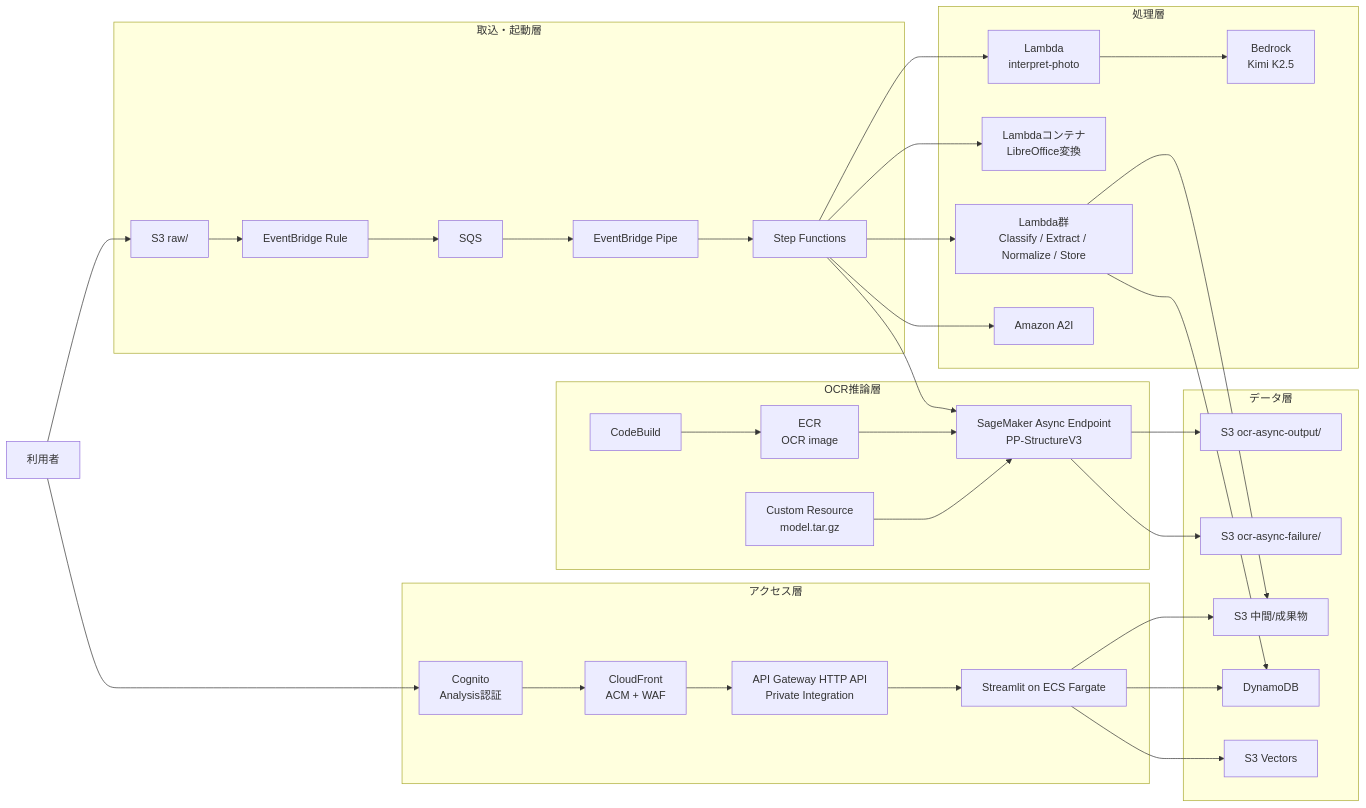
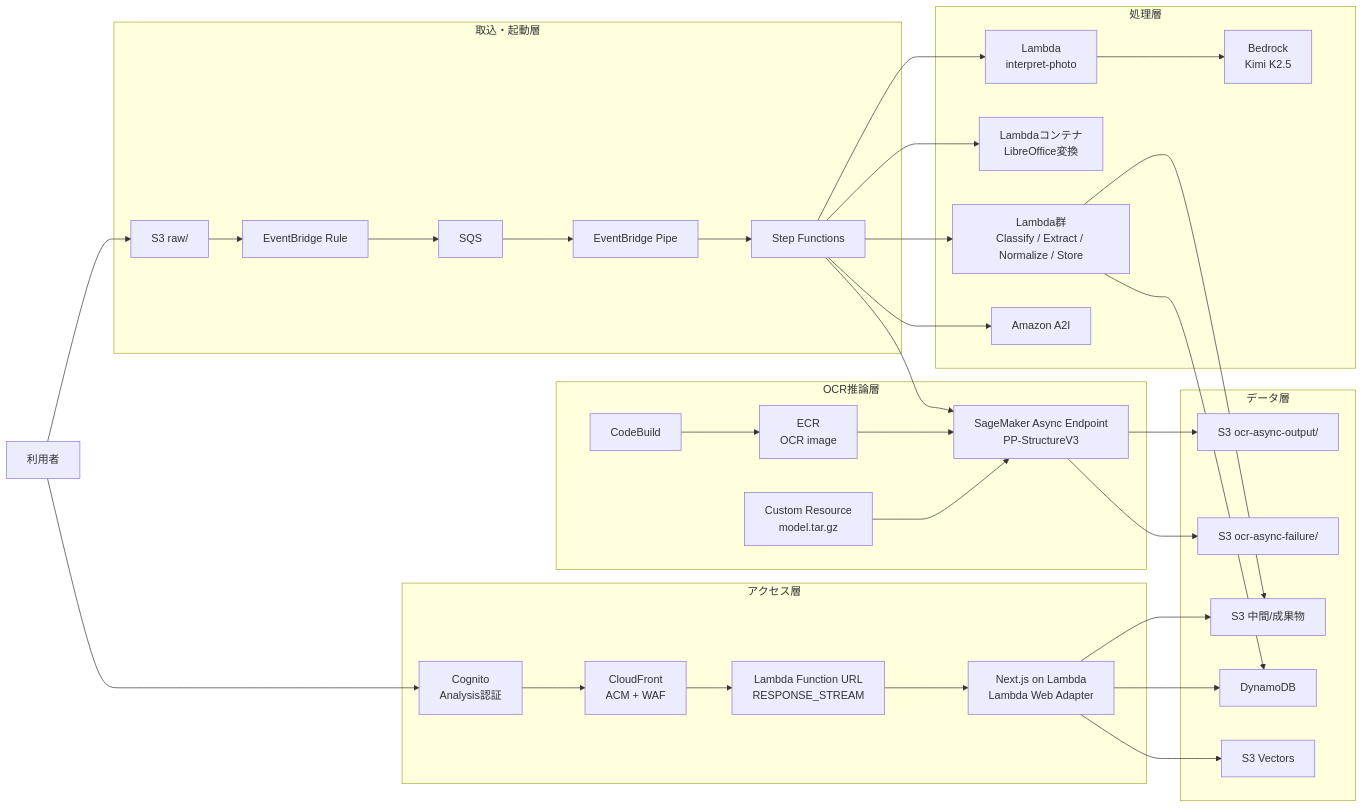
The first of 2 diagrams in README.md (niizawat/aws-ai-ocr-pipeline-sample), drawn with Mermaid before and after one commit. The commit also changed other lines of this file, not shown here.

First line of the commit message:
docs: README を最新アーキテクチャ（Next.js Lambda + RAG SSE）に更新

````diff
--- a/README.md
+++ b/README.md
@@ -25,63 +26,63 @@
 ```mermaid
 flowchart LR
   User[利用者]
 
   subgraph Access["アクセス層"]
     CognitoApp[Cognito<br/>Analysis認証]
     Cf[CloudFront<br/>ACM + WAF]
-    ApiGw[API Gateway HTTP API<br/>Private Integration]
-    Streamlit[Streamlit on ECS Fargate]
+    FnUrl[Lambda Function URL<br/>RESPONSE_STREAM]
+    NextJs[Next.js on Lambda<br/>Lambda Web Adapter]
   end
 
   subgraph Ingestion["取込・起動層"]
     Raw[S3 raw/]
     EventBridge[EventBridge Rule]
     Queue[SQS]
     Pipe[EventBridge Pipe]
     Sfn[Step Functions]
   end
 
   subgraph Processing["処理層"]
     LambdaCore[Lambda群<br/>Classify / Extract / Normalize / Store]
     Libre[Lambdaコンテナ<br/>LibreOffice変換]
     PhotoLambda[Lambda<br/>interpret-photo]
     Bedrock[Bedrock<br/>Kimi K2.5]
     A2I[Amazon A2I]
   end
 
   subgraph OCR["OCR推論層"]
     CodeBuild[CodeBuild]
     ECR[ECR<br/>OCR image]
     ModelUploader[Custom Resource<br/>model.tar.gz]
     SageMaker[SageMaker Async Endpoint<br/>PP-StructureV3]
   end
 
   subgraph Data["データ層"]
     OcrOut[S3 ocr-async-output/]
     OcrFail[S3 ocr-async-failure/]
     S3Data[S3 中間/成果物]
     DDB[DynamoDB]
     Vector[S3 Vectors]
   end
 
-  User --> CognitoApp --> Cf --> ApiGw --> Streamlit
+  User --> CognitoApp --> Cf --> FnUrl --> NextJs
   User --> Raw
   Raw --> EventBridge --> Queue --> Pipe --> Sfn
 
   Sfn --> LambdaCore
   Sfn --> Libre
   Sfn --> PhotoLambda --> Bedrock
   Sfn --> A2I
   Sfn --> SageMaker
 
   CodeBuild --> ECR --> SageMaker
   ModelUploader --> SageMaker
 
   SageMaker --> OcrOut
   SageMaker --> OcrFail
   LambdaCore --> S3Data
   LambdaCore --> DDB
-  Streamlit --> DDB
-  Streamlit --> S3Data
-  Streamlit --> Vector
+  NextJs --> DDB
+  NextJs --> S3Data
+  NextJs --> Vector
 ```
````
